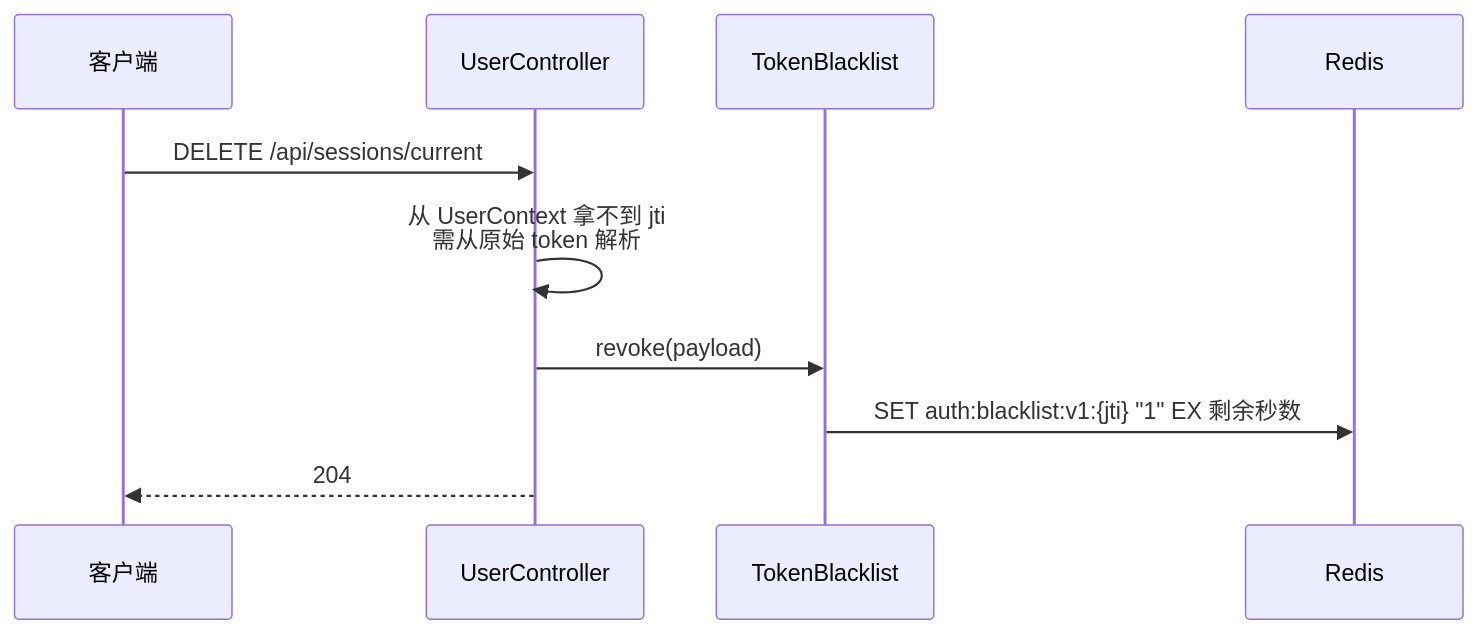
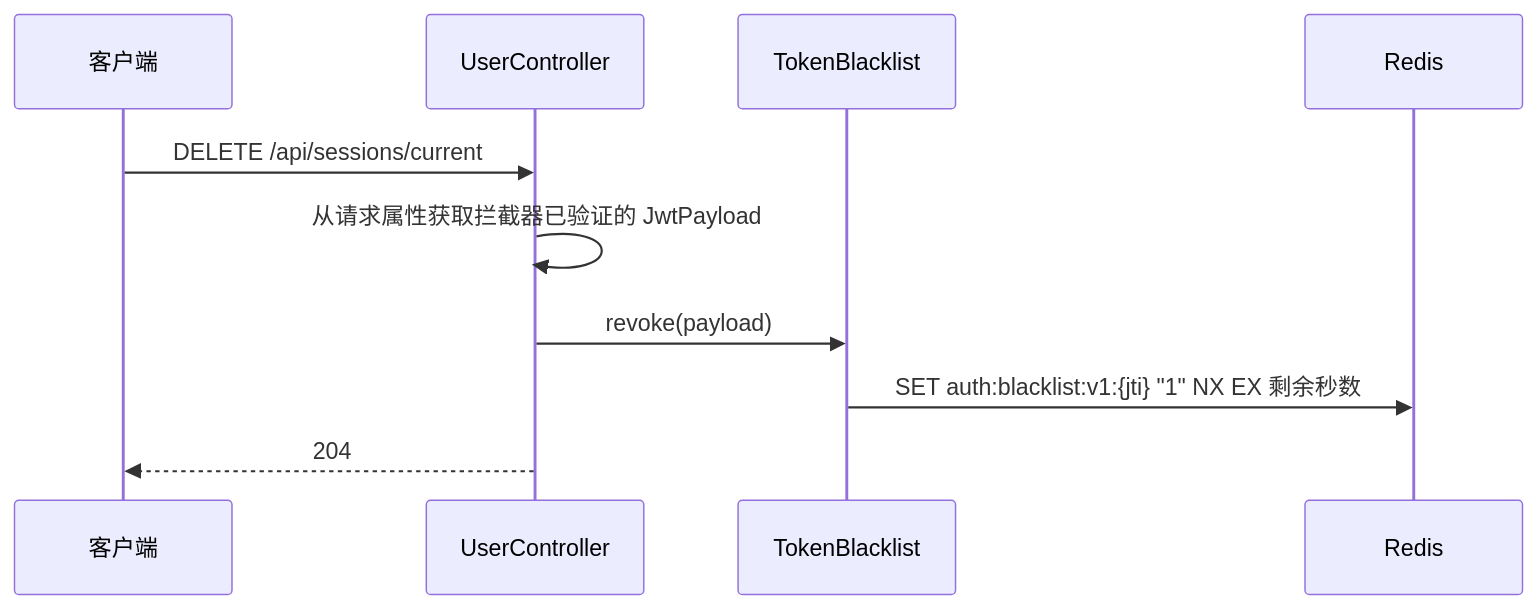
One commit to gmjneko/GCFeed-Java changed the first of 3 diagrams in docs/04-技术基础设施设计.md. Above: the diagram before and after it, drawn with Mermaid. The commit also changed other lines of this file and 37 other files, not shown here.

````diff
--- a/docs/04-技术基础设施设计.md
+++ b/docs/04-技术基础设施设计.md
@@ -283,13 +284,13 @@
 ```mermaid
 sequenceDiagram
     participant C as 客户端
     participant Ctrl as UserController
     participant BL as TokenBlacklist
     participant R as Redis
 
     C->>Ctrl: DELETE /api/sessions/current
-    Ctrl->>Ctrl: 从 UserContext 拿不到 jti<br/>需从原始 token 解析
+    Ctrl->>Ctrl: 从请求属性获取拦截器已验证的 JwtPayload
     Ctrl->>BL: revoke(payload)
-    BL->>R: SET auth:blacklist:v1:{jti} "1" EX 剩余秒数
+    BL->>R: SET auth:blacklist:v1:{jti} "1" NX EX 剩余秒数
     Ctrl-->>C: 204
 ```
````
